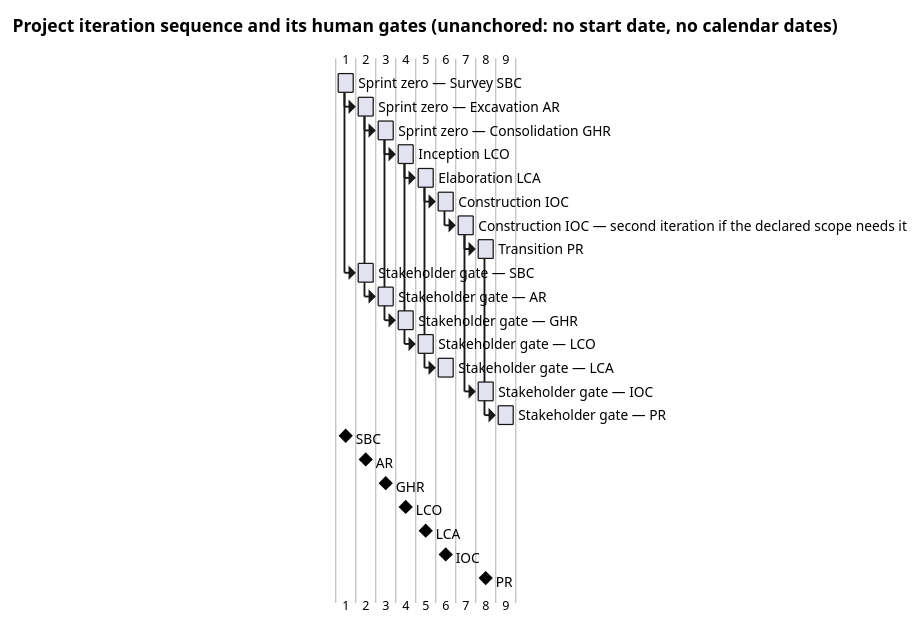
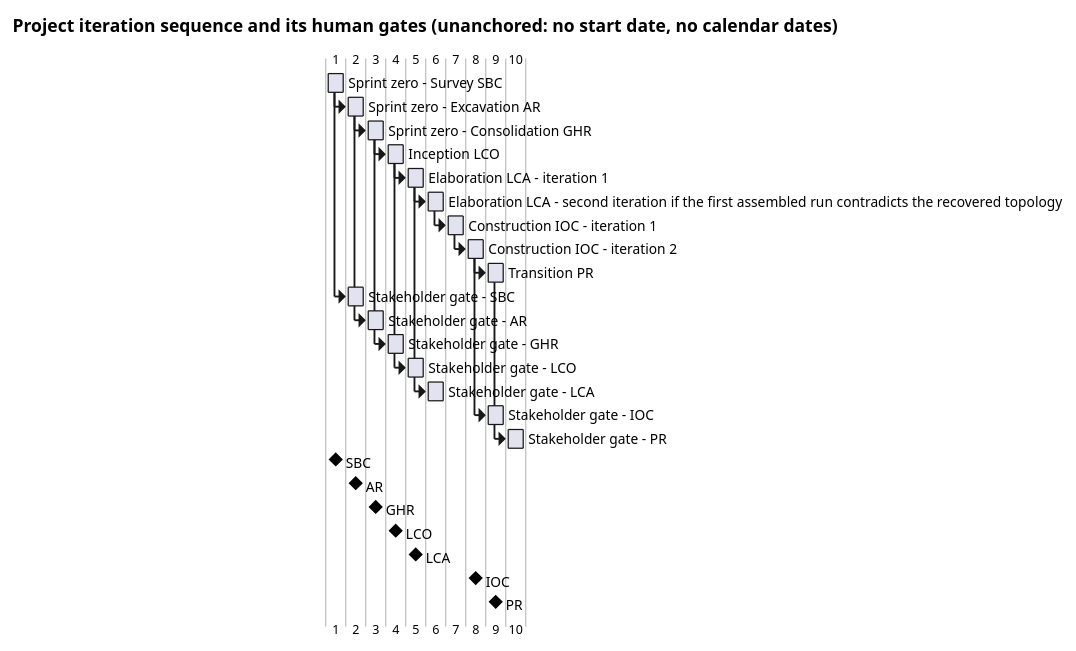
The first of 3 diagrams in docs/artifacts/project-management/iteration-plan.md (banense-test/TodoApp), drawn with PlantUML before and after one commit. The commit also changed other lines of this file, not shown here.

Commit message:
Project Manager [Survey1]: upsert Iteration Plan
[skip ci]

````diff
--- a/docs/artifacts/project-management/iteration-plan.md
+++ b/docs/artifacts/project-management/iteration-plan.md
@@ -37,53 +42,55 @@
 ```plantuml
 @startgantt
 title Project iteration sequence and its human gates (unanchored: no start date, no calendar dates)
 skinparam shadowing false
 
-[Sprint zero — Survey SBC] lasts 1 day
-[Sprint zero — Excavation AR] lasts 1 day
-[Sprint zero — Consolidation GHR] lasts 1 day
+[Sprint zero - Survey SBC] lasts 1 day
+[Sprint zero - Excavation AR] lasts 1 day
+[Sprint zero - Consolidation GHR] lasts 1 day
 [Inception LCO] lasts 1 day
-[Elaboration LCA] lasts 1 day
-[Construction IOC] lasts 1 day
-[Construction IOC — second iteration if the declared scope needs it] lasts 1 day
+[Elaboration LCA - iteration 1] lasts 1 day
+[Elaboration LCA - second iteration if the first assembled run contradicts the recovered topology] lasts 1 day
+[Construction IOC - iteration 1] lasts 1 day
+[Construction IOC - iteration 2] lasts 1 day
 [Transition PR] lasts 1 day
-[Stakeholder gate — SBC] lasts 1 day
-[Stakeholder gate — AR] lasts 1 day
-[Stakeholder gate — GHR] lasts 1 day
-[Stakeholder gate — LCO] lasts 1 day
-[Stakeholder gate — LCA] lasts 1 day
-[Stakeholder gate — IOC] lasts 1 day
-[Stakeholder gate — PR] lasts 1 day
+[Stakeholder gate - SBC] lasts 1 day
+[Stakeholder gate - AR] lasts 1 day
+[Stakeholder gate - GHR] lasts 1 day
+[Stakeholder gate - LCO] lasts 1 day
+[Stakeholder gate - LCA] lasts 1 day
+[Stakeholder gate - IOC] lasts 1 day
+[Stakeholder gate - PR] lasts 1 day
 
-[Sprint zero — Excavation AR] starts at [Sprint zero — Survey SBC]'s end
-[Sprint zero — Consolidation GHR] starts at [Sprint zero — Excavation AR]'s end
-[Inception LCO] starts at [Sprint zero — Consolidation GHR]'s end
-[Elaboration LCA] starts at [Inception LCO]'s end
-[Construction IOC] starts at [Elaboration LCA]'s end
-[Construction IOC — second iteration if the declared scope needs it] starts at [Construction IOC]'s end
-[Transition PR] starts at [Construction IOC — second iteration if the declared scope needs it]'s end
+[Sprint zero - Excavation AR] starts at [Sprint zero - Survey SBC]'s end
+[Sprint zero - Consolidation GHR] starts at [Sprint zero - Excavation AR]'s end
+[Inception LCO] starts at [Sprint zero - Consolidation GHR]'s end
+[Elaboration LCA - iteration 1] starts at [Inception LCO]'s end
+[Elaboration LCA - second iteration if the first assembled run contradicts the recovered topology] starts at [Elaboration LCA - iteration 1]'s end
+[Construction IOC - iteration 1] starts at [Elaboration LCA - second iteration if the first assembled run contradicts the recovered topology]'s end
+[Construction IOC - iteration 2] starts at [Construction IOC - iteration 1]'s end
+[Transition PR] starts at [Construction IOC - iteration 2]'s end
 
-[Stakeholder gate — SBC] starts at [Sprint zero — Survey SBC]'s end
-[Stakeholder gate — AR] starts at [Sprint zero — Excavation AR]'s end
-[Stakeholder gate — GHR] starts at [Sprint zero — Consolidation GHR]'s end
-[Stakeholder gate — LCO] starts at [Inception LCO]'s end
-[Stakeholder gate — LCA] starts at [Elaboration LCA]'s end
-[Stakeholder gate — IOC] starts at [Construction IOC — second iteration if the declared scope needs it]'s end
-[Stakeholder gate — PR] starts at [Transition PR]'s end
+[Stakeholder gate - SBC] starts at [Sprint zero - Survey SBC]'s end
+[Stakeholder gate - AR] starts at [Sprint zero - Excavation AR]'s end
+[Stakeholder gate - GHR] starts at [Sprint zero - Consolidation GHR]'s end
+[Stakeholder gate - LCO] starts at [Inception LCO]'s end
+[Stakeholder gate - LCA] starts at [Elaboration LCA - iteration 1]'s end
+[Stakeholder gate - IOC] starts at [Construction IOC - iteration 2]'s end
+[Stakeholder gate - PR] starts at [Transition PR]'s end
 
-[SBC] happens at [Sprint zero — Survey SBC]'s end
-[AR] happens at [Sprint zero — Excavation AR]'s end
-[GHR] happens at [Sprint zero — Consolidation GHR]'s end
+[SBC] happens at [Sprint zero - Survey SBC]'s end
+[AR] happens at [Sprint zero - Excavation AR]'s end
+[GHR] happens at [Sprint zero - Consolidation GHR]'s end
 [LCO] happens at [Inception LCO]'s end
-[LCA] happens at [Elaboration LCA]'s end
-[IOC] happens at [Construction IOC]'s end
+[LCA] happens at [Elaboration LCA - iteration 1]'s end
+[IOC] happens at [Construction IOC - iteration 2]'s end
 [PR] happens at [Transition PR]'s end
 
 note bottom
   No phase has closed, so no bar length is a forecast of duration and no
   calendar date exists anywhere in this plan. Each iteration ends when its
-  exit criteria pass; each gate is a human wait, quoted in days of queue
+  exit criteria pass. Each gate is a human wait, carried as days of queue
   time with a ceiling of 14 before the process suspends.
 end note
 @endgantt
 ```
````
